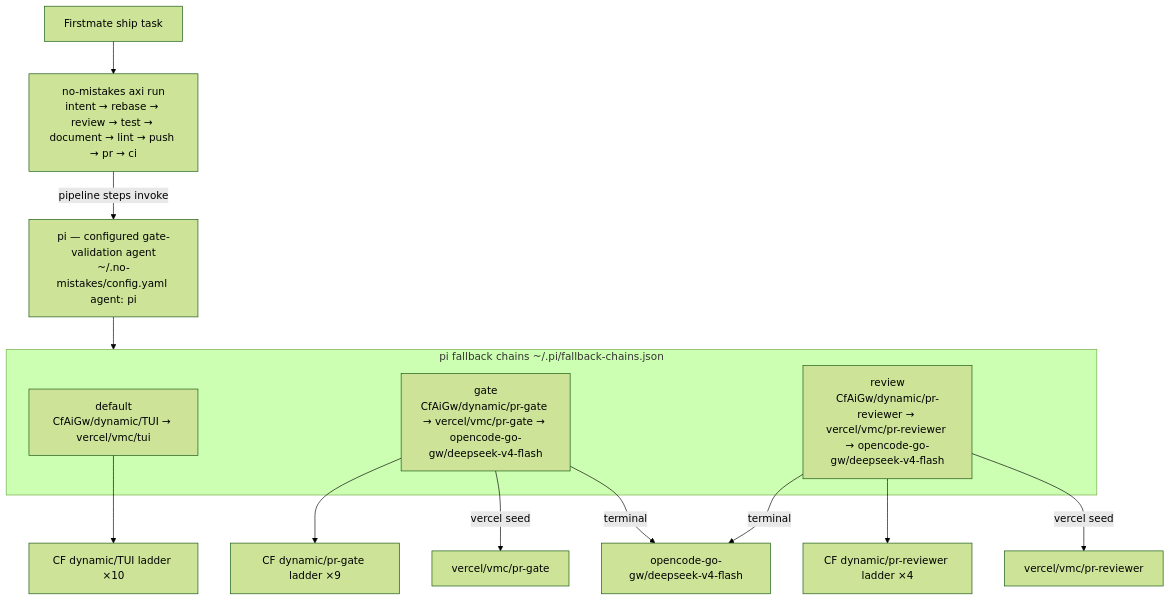
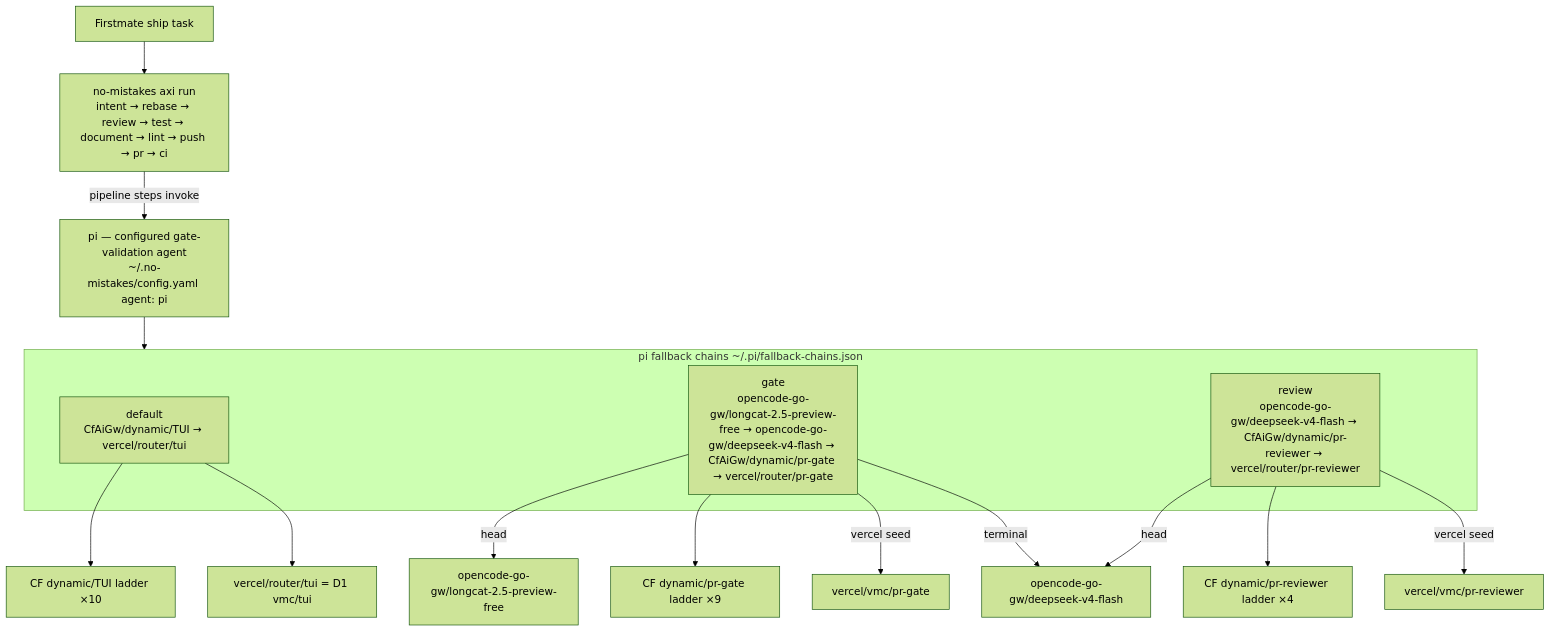
Before and after one commit to phillias/dotfiles: the second of 2 diagrams in dot_agents/skills/provider-catalog/references/ROUTING_TOPOLOGY.md, drawn with Mermaid (forest theme). The commit also changed 4 other files, not shown here.

````diff
--- a/dot_agents/skills/provider-catalog/references/ROUTING_TOPOLOGY.md
+++ b/dot_agents/skills/provider-catalog/references/ROUTING_TOPOLOGY.md
@@ -72,21 +72,23 @@
 ```mermaid
 flowchart TD
     fm[Firstmate ship task]
     nm["no-mistakes axi run<br/>intent → rebase → review → test → document → lint → push → pr → ci"]
     fm --> nm
     pi["pi — configured gate-validation agent<br/>~/.no-mistakes/config.yaml agent: pi"]
     nm -->|pipeline steps invoke| pi
     subgraph chains[pi fallback chains ~/.pi/fallback-chains.json]
-        DEF["default<br/>CfAiGw/dynamic/TUI → vercel/vmc/tui"]
-        GATEC["gate<br/>CfAiGw/dynamic/pr-gate → vercel/vmc/pr-gate → opencode-go-gw/deepseek-v4-flash"]
-        REV2["review<br/>CfAiGw/dynamic/pr-reviewer → vercel/vmc/pr-reviewer → opencode-go-gw/deepseek-v4-flash"]
+        DEF["default<br/>CfAiGw/dynamic/TUI → vercel/router/tui"]
+        GATEC["gate<br/>opencode-go-gw/longcat-2.5-preview-free → opencode-go-gw/deepseek-v4-flash → CfAiGw/dynamic/pr-gate → vercel/router/pr-gate"]
+        REV2["review<br/>opencode-go-gw/deepseek-v4-flash → CfAiGw/dynamic/pr-reviewer → vercel/router/pr-reviewer"]
     end
     pi --> chains
+    GATEC -->|head| lcat[opencode-go-gw/longcat-2.5-preview-free]
     GATEC --> cfroute[CF dynamic/pr-gate ladder ×9]
     REV2 --> cfroute2[CF dynamic/pr-reviewer ladder ×4]
     DEF --> cfroute3[CF dynamic/TUI ladder ×10]
     GATEC -->|vercel seed| vg[vercel/vmc/pr-gate]
     REV2 -->|vercel seed| vr[vercel/vmc/pr-reviewer]
     GATEC -->|terminal| ogw[opencode-go-gw/deepseek-v4-flash]
-    REV2 -->|terminal| ogw
+    REV2 -->|head| ogw
+    DEF --> vtui[vercel/router/tui = D1 vmc/tui]
 ```
````
